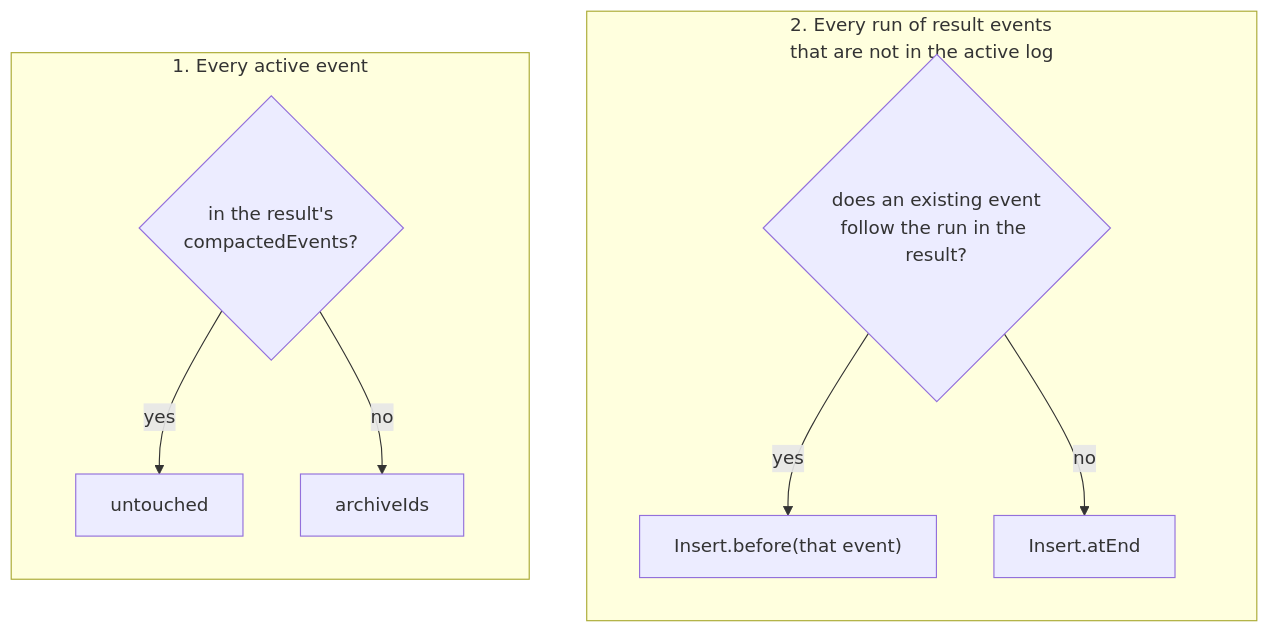
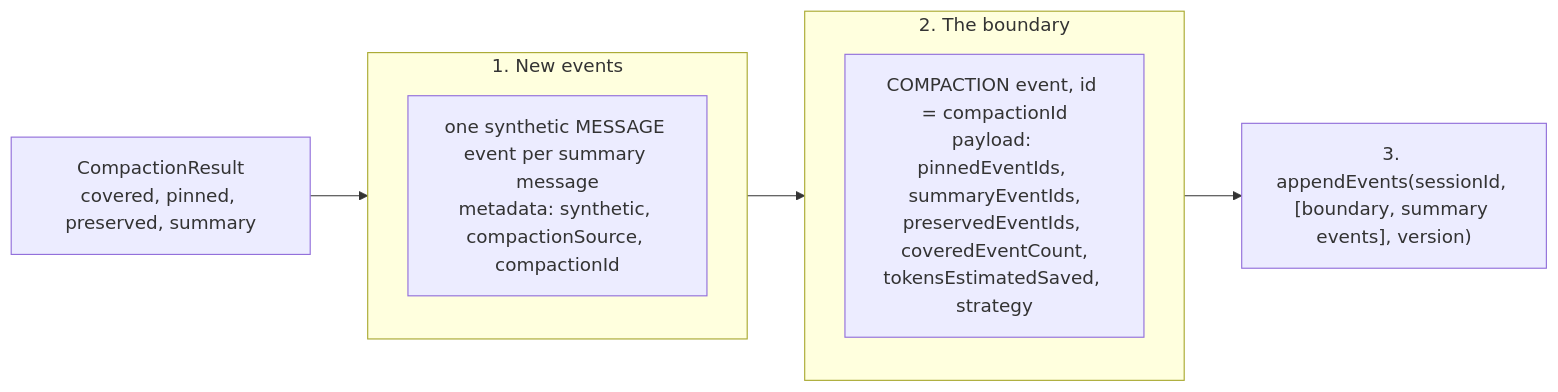
One commit to spring-ai-community/spring-ai-session changed the seventh of 9 diagrams in docs/session-management/compaction-internals.md. Above: the diagram before and after it, drawn with Mermaid. The commit also changed other lines of this file and 53 other files, not shown here.

First line of the commit message:
Record compaction as an appended boundary and project the active view

````diff
--- a/docs/session-management/compaction-internals.md
+++ b/docs/session-management/compaction-internals.md
@@ -399,16 +414,14 @@
 ```mermaid
 flowchart LR
-    subgraph existing["1. Every active event"]
+    result["CompactionResult<br/>covered, pinned, preserved, summary"] --> ids
+    subgraph ids["1. New events"]
         direction TB
-        e1{"in the result's<br/>compactedEvents?"}
-        e1 -- yes --> e2["untouched"]
-        e1 -- no --> e3["archiveIds"]
+        n1["one synthetic MESSAGE event per summary message<br/>metadata: synthetic, compactionSource, compactionId"]
     end
-    subgraph fresh["2. Every run of result events<br/>that are not in the active log"]
+    ids --> b
+    subgraph b["2. The boundary"]
         direction TB
-        n1{"does an existing event<br/>follow the run in the result?"}
-        n1 -- yes --> n2["Insert.before(that event)"]
-        n1 -- no --> n3["Insert.atEnd"]
+        b1["COMPACTION event, id = compactionId<br/>payload: pinnedEventIds, summaryEventIds,<br/>preservedEventIds, coveredEventCount,<br/>tokensEstimatedSaved, strategy"]
     end
-    existing ~~~ fresh
+    b --> w["3. appendEvents(sessionId, [boundary, summary events], version)"]
 ```
````
